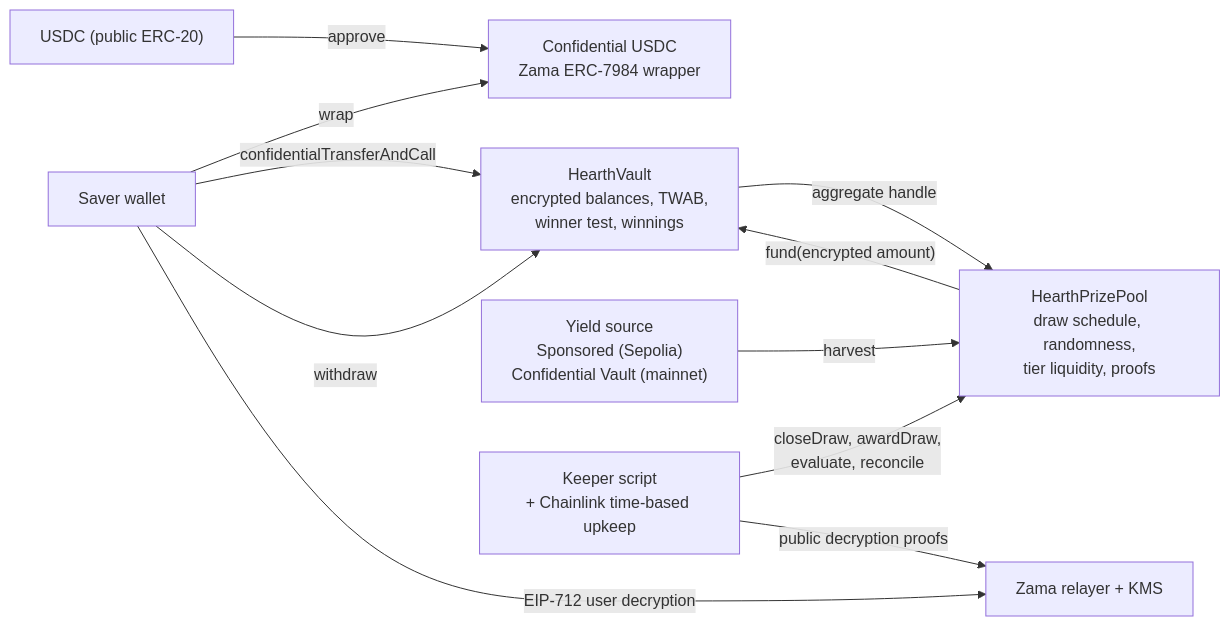
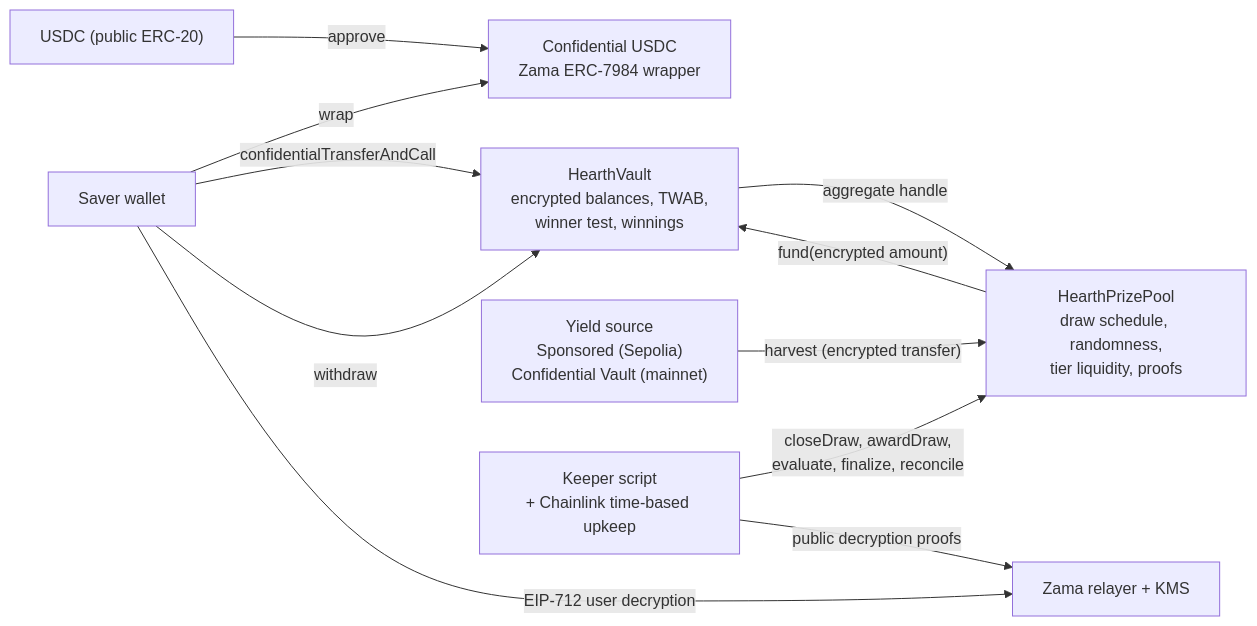
One commit to ramakrishnanhulk20/hearth changed the first of 3 diagrams in ARCHITECTURE.md. Above: the diagram before and after it, drawn with Mermaid. The commit also changed other lines of this file and 33 other files, not shown here.

First line of the commit message:
Hearth contracts, first draft: vault, prize pool, sponsored yield source

````diff
--- a/ARCHITECTURE.md
+++ b/ARCHITECTURE.md
@@ -14,22 +15,22 @@
 ```mermaid
 flowchart LR
     Saver["Saver wallet"]
     USDC["USDC (public ERC-20)"]
     cUSDC["Confidential USDC<br/>Zama ERC-7984 wrapper"]
     Vault["HearthVault<br/>encrypted balances, TWAB,<br/>winner test, winnings"]
     Pool["HearthPrizePool<br/>draw schedule, randomness,<br/>tier liquidity, proofs"]
     Yield["Yield source<br/>Sponsored (Sepolia)<br/>Confidential Vault (mainnet)"]
     Keeper["Keeper script<br/>+ Chainlink time-based upkeep"]
     Relayer["Zama relayer + KMS"]
 
     Saver -- "wrap" --> cUSDC
     USDC -- "approve" --> cUSDC
     Saver -- "confidentialTransferAndCall" --> Vault
     Saver -- "withdraw" --> Vault
     Vault -- "aggregate handle" --> Pool
     Pool -- "fund(encrypted amount)" --> Vault
-    Yield -- "harvest" --> Pool
-    Keeper -- "closeDraw, awardDraw,<br/>evaluate, reconcile" --> Pool
+    Yield -- "harvest (encrypted transfer)" --> Pool
+    Keeper -- "closeDraw, awardDraw,<br/>evaluate, finalize, reconcile" --> Pool
     Keeper -- "public decryption proofs" --> Relayer
     Saver -- "EIP-712 user decryption" --> Relayer
 ```
````
